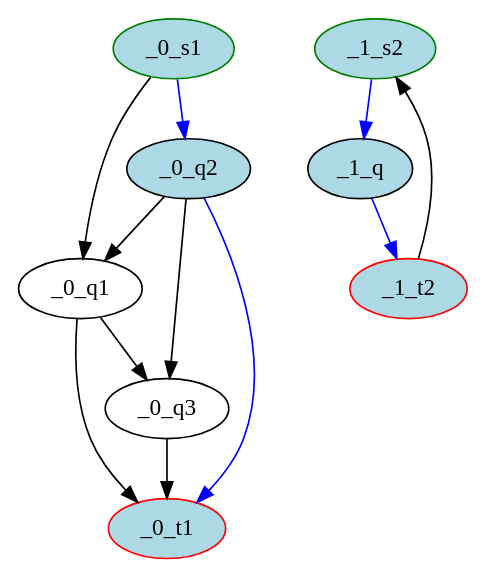
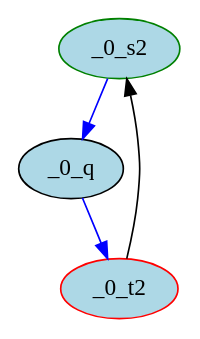
The diagram in sol/result-l2.dot (Yukiisama/CommunDistance_Solver_Z3), drawn with Graphviz before and after one commit. The commit also changed 11 other files, not shown here.

```diff
--- a/sol/result-l2.dot
+++ b/sol/result-l2.dot
@@ -1,21 +1,8 @@
-digraph Sol_Length2{
-_0_s1 [initial=1,color=green][style=filled,fillcolor=lightblue];
-_0_t1 [final=1,color=red][style=filled,fillcolor=lightblue];
-_0_q1 ;
-_0_q2 [style=filled,fillcolor=lightblue];
-_0_q3 ;
-_0_s1 -> _0_q1 ;
-_0_s1 -> _0_q2 [color=blue];
-_0_q1 -> _0_t1 ;
-_0_q1 -> _0_q3 ;
-_0_q2 -> _0_t1 [color=blue];
-_0_q2 -> _0_q1 ;
-_0_q2 -> _0_q3 ;
-_0_q3 -> _0_t1 ;
-_1_s2 [initial=1,color=green][style=filled,fillcolor=lightblue];
-_1_t2 [final=1,color=red][style=filled,fillcolor=lightblue];
-_1_q [style=filled,fillcolor=lightblue];
-_1_s2 -> _1_q [color=blue];
-_1_t2 -> _1_s2 ;
-_1_q -> _1_t2 [color=blue];
+digraph result_l2{
+_0_s2 [initial=1,color=green][style=filled,fillcolor=lightblue];
+_0_t2 [final=1,color=red][style=filled,fillcolor=lightblue];
+_0_q [style=filled,fillcolor=lightblue];
+_0_s2 -> _0_q [color=blue];
+_0_t2 -> _0_s2 ;
+_0_q -> _0_t2 [color=blue];
 }
```
